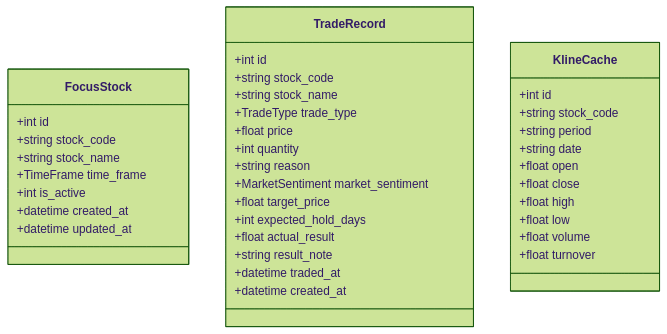
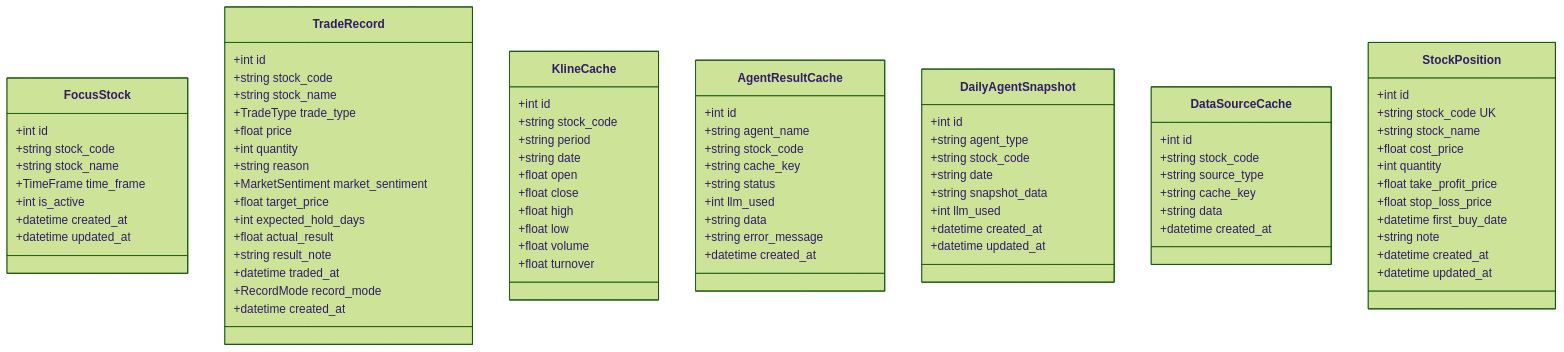
Diagram 12 of 12 in .qoder/repowiki/zh/content/数据模型/数据模型.md (Moruime/stock_foker), drawn with Mermaid (forest theme) before and after one commit. The commit also changed other lines of this file and 52 other files, not shown here.

````diff
--- a/.qoder/repowiki/zh/content/数据模型/数据模型.md
+++ b/.qoder/repowiki/zh/content/数据模型/数据模型.md
@@ -682,6 +809,7 @@
 +float actual_result
 +string result_note
 +datetime traded_at
++RecordMode record_mode
 +datetime created_at
 }
 class KlineCache {
@@ -696,4 +824,46 @@
 +float volume
 +float turnover
 }
+class AgentResultCache {
++int id
++string agent_name
++string stock_code
++string cache_key
++string status
++int llm_used
++string data
++string error_message
++datetime created_at
+}
+class DailyAgentSnapshot {
++int id
++string agent_type
++string stock_code
++string date
++string snapshot_data
++int llm_used
++datetime created_at
++datetime updated_at
+}
+class DataSourceCache {
++int id
++string stock_code
++string source_type
++string cache_key
++string data
++datetime created_at
+}
+class StockPosition {
++int id
++string stock_code UK
++string stock_name
++float cost_price
++int quantity
++float take_profit_price
++float stop_loss_price
++datetime first_buy_date
++string note
++datetime created_at
++datetime updated_at
+}
 ```
````
